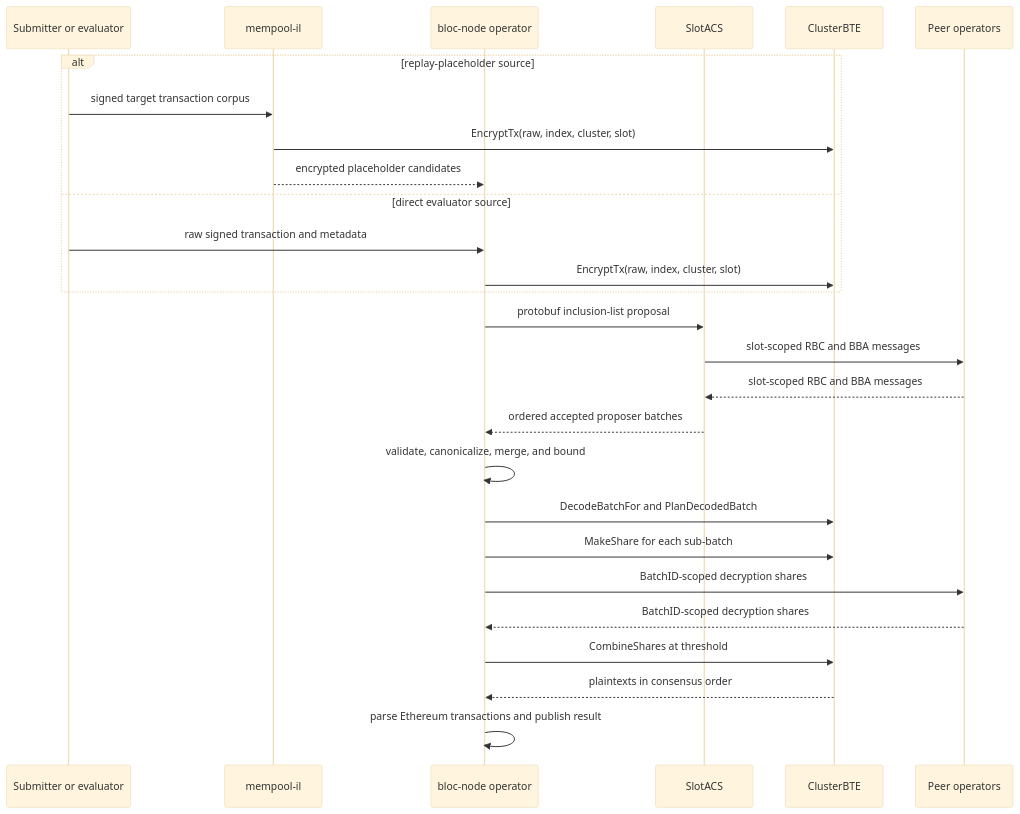
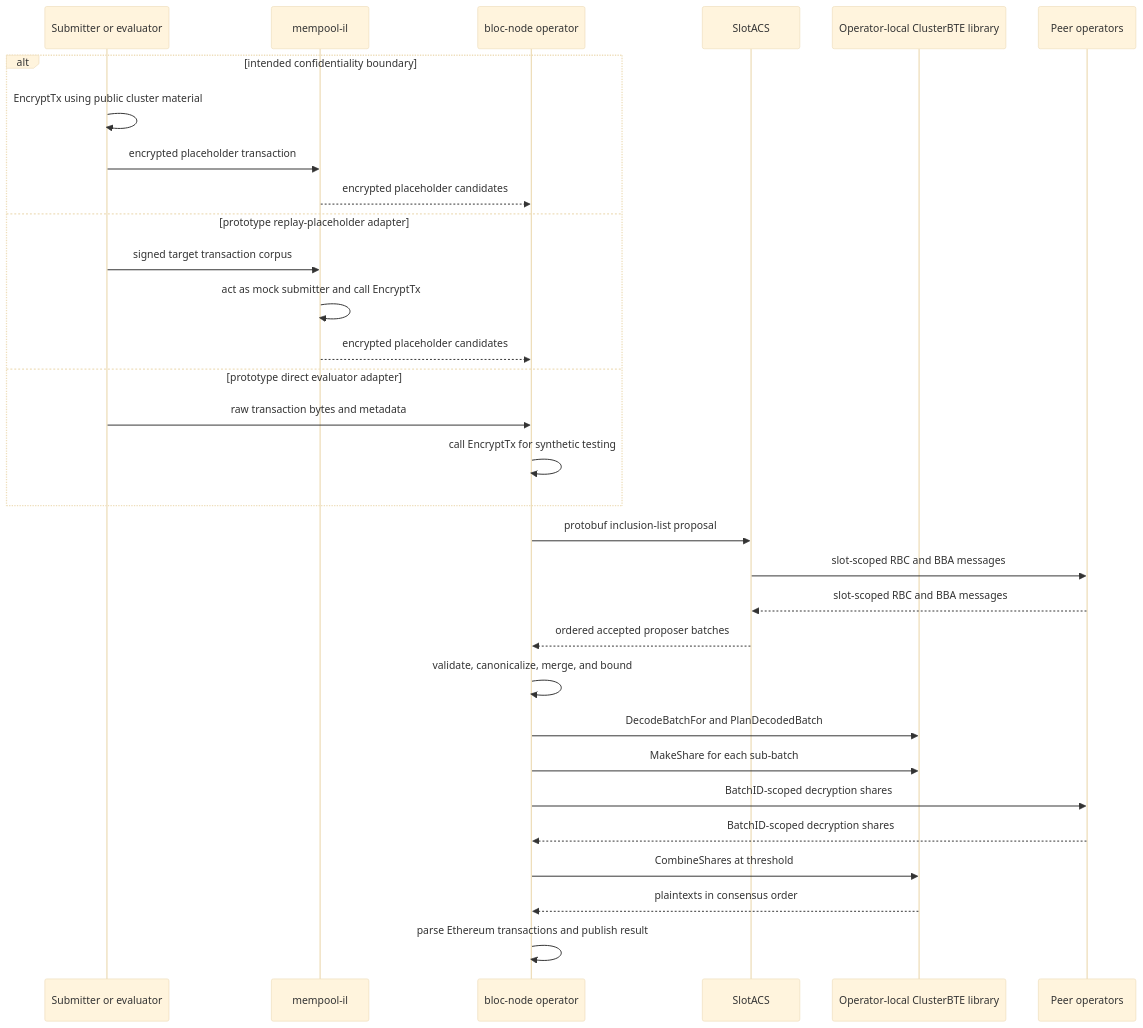
Before and after one commit to VascoMS/bloc: the second of 2 diagrams in docs/ARCHITECTURE.md, drawn with Mermaid (base theme). The commit also changed other lines of this file and 61 other files, not shown here.

````diff
--- a/docs/ARCHITECTURE.md
+++ b/docs/ARCHITECTURE.md
@@ -88,30 +89,34 @@
 ```mermaid
 sequenceDiagram
     participant S as Submitter or evaluator
     participant M as mempool-il
     participant N as bloc-node operator
     participant A as SlotACS
-    participant B as ClusterBTE
+    participant B as Operator-local ClusterBTE library
     participant P as Peer operators
 
-    alt replay-placeholder source
+    alt intended confidentiality boundary
+        S->>S: EncryptTx using public cluster material
+        S->>M: encrypted placeholder transaction
+        M-->>N: encrypted placeholder candidates
+    else prototype replay-placeholder adapter
         S->>M: signed target transaction corpus
-        M->>B: EncryptTx(raw, index, cluster, slot)
+        M->>M: act as mock submitter and call EncryptTx
         M-->>N: encrypted placeholder candidates
-    else direct evaluator source
-        S->>N: raw signed transaction and metadata
-        N->>B: EncryptTx(raw, index, cluster, slot)
+    else prototype direct evaluator adapter
+        S->>N: raw transaction bytes and metadata
+        N->>N: call EncryptTx for synthetic testing
     end
     N->>A: protobuf inclusion-list proposal
     A->>P: slot-scoped RBC and BBA messages
     P-->>A: slot-scoped RBC and BBA messages
     A-->>N: ordered accepted proposer batches
     N->>N: validate, canonicalize, merge, and bound
     N->>B: DecodeBatchFor and PlanDecodedBatch
     N->>B: MakeShare for each sub-batch
     N->>P: BatchID-scoped decryption shares
     P-->>N: BatchID-scoped decryption shares
     N->>B: CombineShares at threshold
     B-->>N: plaintexts in consensus order
     N->>N: parse Ethereum transactions and publish result
 ```
````
